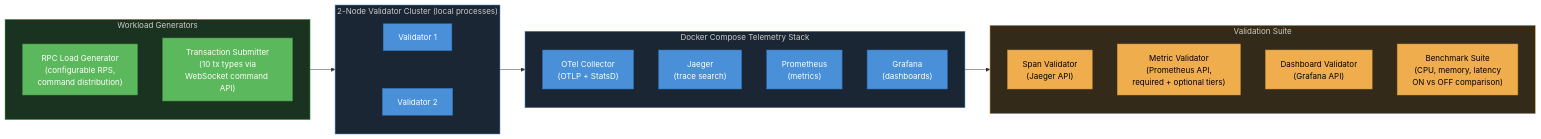
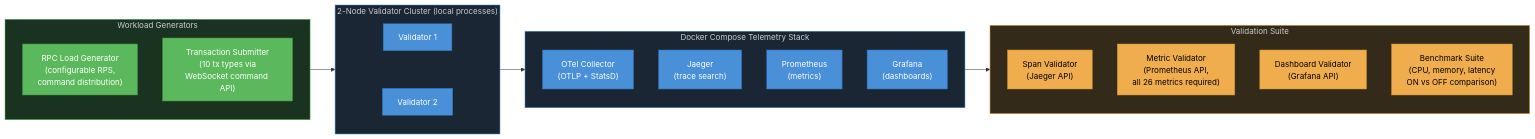
The sixth of 11 diagrams in OpenTelemetryPlan/06-implementation-phases.md (mvanhorn/rippled), drawn with Mermaid before and after one commit. The commit also changed other lines of this file and 1 other file, not shown here.

````diff
--- a/OpenTelemetryPlan/06-implementation-phases.md
+++ b/OpenTelemetryPlan/06-implementation-phases.md
@@ -765,48 +765,48 @@
 ```mermaid
 flowchart LR
     subgraph harness["2-Node Validator Cluster (local processes)"]
         direction TB
         V1["Validator 1"] ~~~ V2["Validator 2"]
     end
 
     subgraph telemetry["Docker Compose Telemetry Stack"]
         direction TB
         COL["OTel Collector<br/>(OTLP + StatsD)"]
         JAE["Jaeger<br/>(trace search)"]
         PROM["Prometheus<br/>(metrics)"]
         GRAF["Grafana<br/>(dashboards)"]
     end
 
     subgraph generators["Workload Generators"]
         RPC["RPC Load Generator<br/>(configurable RPS,<br/>command distribution)"]
         TX["Transaction Submitter<br/>(10 tx types via<br/>WebSocket command API)"]
     end
 
     subgraph validation["Validation Suite"]
         SV["Span Validator<br/>(Jaeger API)"]
-        MV["Metric Validator<br/>(Prometheus API,<br/>required + optional tiers)"]
+        MV["Metric Validator<br/>(Prometheus API,<br/>all 26 metrics required)"]
         DV["Dashboard Validator<br/>(Grafana API)"]
         BM["Benchmark Suite<br/>(CPU, memory, latency<br/>ON vs OFF comparison)"]
     end
 
     generators --> harness
     harness --> telemetry
     telemetry --> validation
 
     style harness fill:#1a2633,color:#ccc,stroke:#4a90d9
     style telemetry fill:#1a2633,color:#ccc,stroke:#4a90d9
     style generators fill:#1a3320,color:#ccc,stroke:#5cb85c
     style validation fill:#332a1a,color:#ccc,stroke:#f0ad4e
     style V1 fill:#4a90d9,color:#fff,stroke:#2a6db5
     style V2 fill:#4a90d9,color:#fff,stroke:#2a6db5
     style COL fill:#4a90d9,color:#fff,stroke:#2a6db5
     style JAE fill:#4a90d9,color:#fff,stroke:#2a6db5
     style PROM fill:#4a90d9,color:#fff,stroke:#2a6db5
     style GRAF fill:#4a90d9,color:#fff,stroke:#2a6db5
     style RPC fill:#5cb85c,color:#fff,stroke:#3d8b3d
     style TX fill:#5cb85c,color:#fff,stroke:#3d8b3d
     style SV fill:#f0ad4e,color:#000,stroke:#c78c2e
     style MV fill:#f0ad4e,color:#000,stroke:#c78c2e
     style DV fill:#f0ad4e,color:#000,stroke:#c78c2e
     style BM fill:#f0ad4e,color:#000,stroke:#c78c2e
 ```
````
